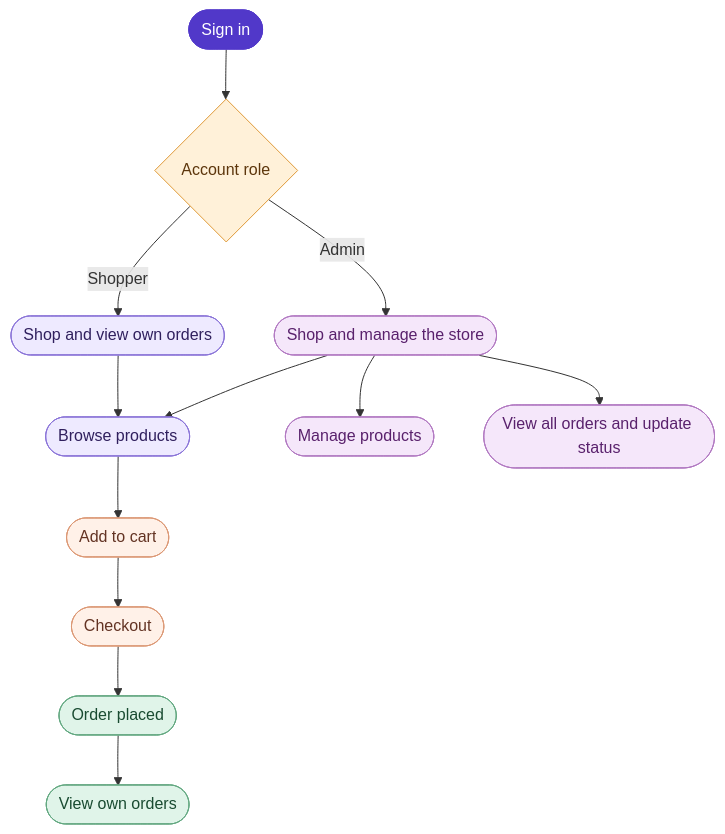
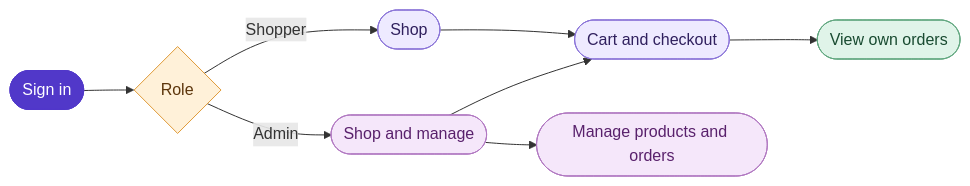
One commit to Mallikarjun-Roddannavar/automation-practice-app changed the first of 2 diagrams in README.md. Above: the diagram before and after it, drawn with Mermaid.

Commit message:
updated readme file

````diff
--- a/README.md
+++ b/README.md
@@ -29,27 +29,21 @@
 ```mermaid
-flowchart TB
-    A([Sign in]) --> R{Account role}
-    R -->|Shopper| S([Shop and view own orders])
-    R -->|Admin| T([Shop and manage the store])
-    S --> B([Browse products])
-    T --> B
-    B --> C([Add to cart])
-    C --> D([Checkout])
-    D --> E([Order placed])
-    E --> F([View own orders])
-    T --> G([Manage products])
-    T --> H([View all orders and update status])
+flowchart LR
+    A([Sign in]) --> R{Role}
+    R -->|Shopper| S([Shop])
+    R -->|Admin| T([Shop and manage])
+    S --> C([Cart and checkout])
+    T --> C
+    C --> O([View own orders])
+    T --> M([Manage products and orders])
 
     classDef start fill:#5138c9,stroke:#5138c9,color:#fff
     classDef role fill:#fff1d9,stroke:#df9a38,color:#5d360c
     classDef shop fill:#eeeaff,stroke:#8a74d7,color:#30205e
-    classDef cart fill:#fff1e8,stroke:#db9875,color:#633323
     classDef order fill:#e0f4e9,stroke:#62a780,color:#194b31
     classDef admin fill:#f5e7fa,stroke:#b179c1,color:#59216c
     class A start
     class R role
-    class S,B shop
-    class C,D cart
-    class E,F order
-    class T,G,H admin
+    class S,C shop
+    class O order
+    class T,M admin
 ```
````
